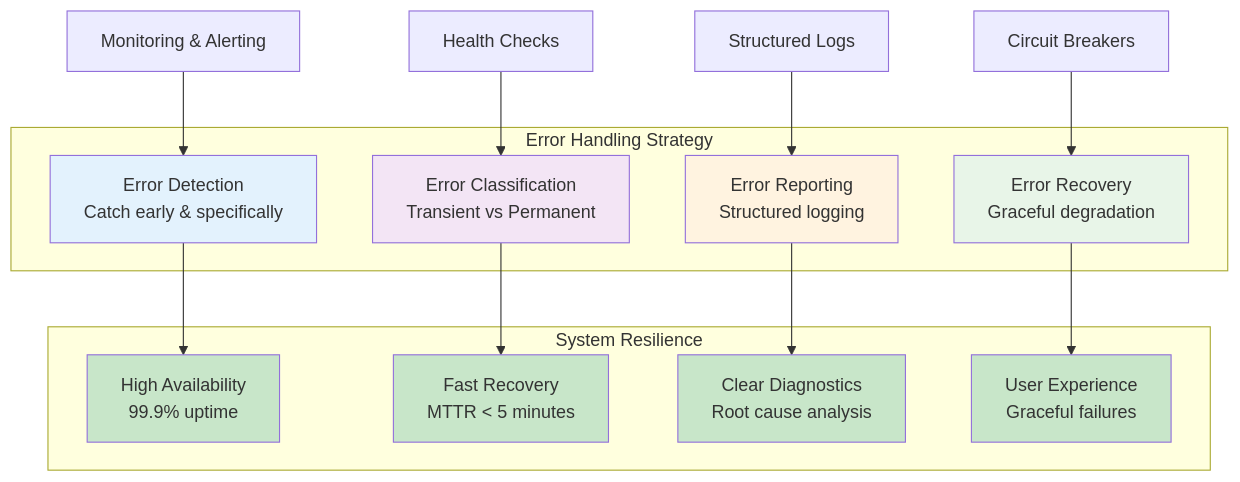
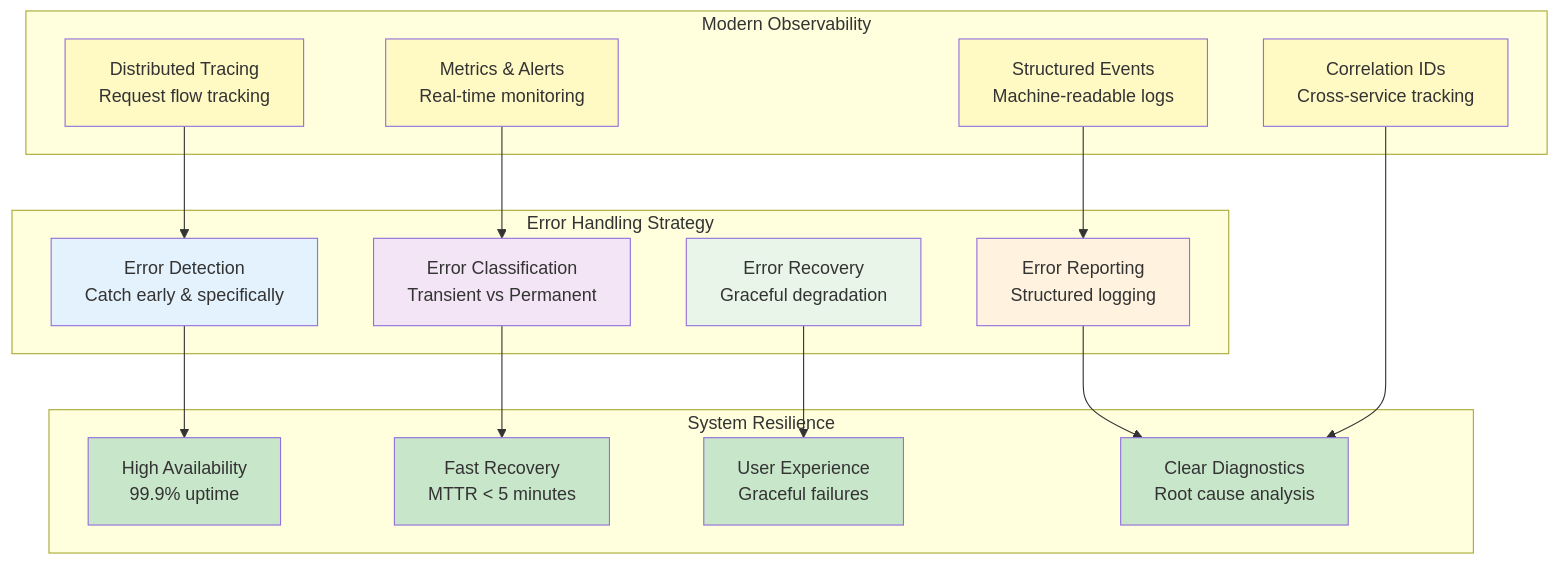
The first of 2 diagrams in chapters/chapter-06.md (hunkim/VibeSoftwareEngineering), drawn with Mermaid before and after one commit. The commit also changed other lines of this file and 12 other files, not shown here.

First line of the commit message:
refactor(chapters): enhance documentation with visual diagrams and interactive prompts

````diff
--- a/chapters/chapter-06.md
+++ b/chapters/chapter-06.md
@@ -21,35 +27,46 @@
 ```mermaid
 graph TD
     subgraph "Error Handling Strategy"
         A["Error Detection<br/>Catch early & specifically"]
         B["Error Classification<br/>Transient vs Permanent"]
         C["Error Recovery<br/>Graceful degradation"]
         D["Error Reporting<br/>Structured logging"]
     end
     
     subgraph "System Resilience"
         E["High Availability<br/>99.9% uptime"]
         F["Fast Recovery<br/>MTTR < 5 minutes"]
         G["Clear Diagnostics<br/>Root cause analysis"]
         H["User Experience<br/>Graceful failures"]
     end
     
+    subgraph "Modern Observability"
+        I["Distributed Tracing<br/>Request flow tracking"]
+        J["Metrics & Alerts<br/>Real-time monitoring"]
+        K["Structured Events<br/>Machine-readable logs"]
+        L["Correlation IDs<br/>Cross-service tracking"]
+    end
+    
     A --> E
     B --> F
     C --> H
     D --> G
     
-    I["Monitoring & Alerting"] --> A
-    J["Structured Logs"] --> D
-    K["Circuit Breakers"] --> C
-    L["Health Checks"] --> B
+    I --> A
+    J --> B
+    K --> D
+    L --> G
     
     style A fill:#e3f2fd
     style B fill:#f3e5f5
     style C fill:#e8f5e8
     style D fill:#fff3e0
     style E fill:#c8e6c9
     style F fill:#c8e6c9
     style G fill:#c8e6c9
     style H fill:#c8e6c9
+    style I fill:#fff9c4
+    style J fill:#fff9c4
+    style K fill:#fff9c4
+    style L fill:#fff9c4
 ```
````
